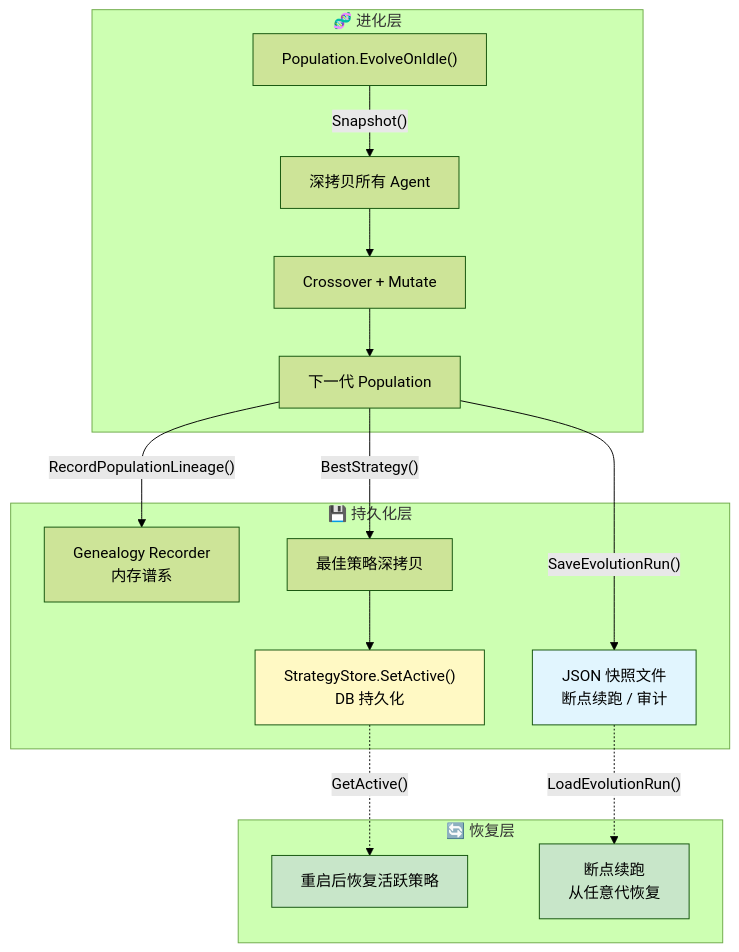
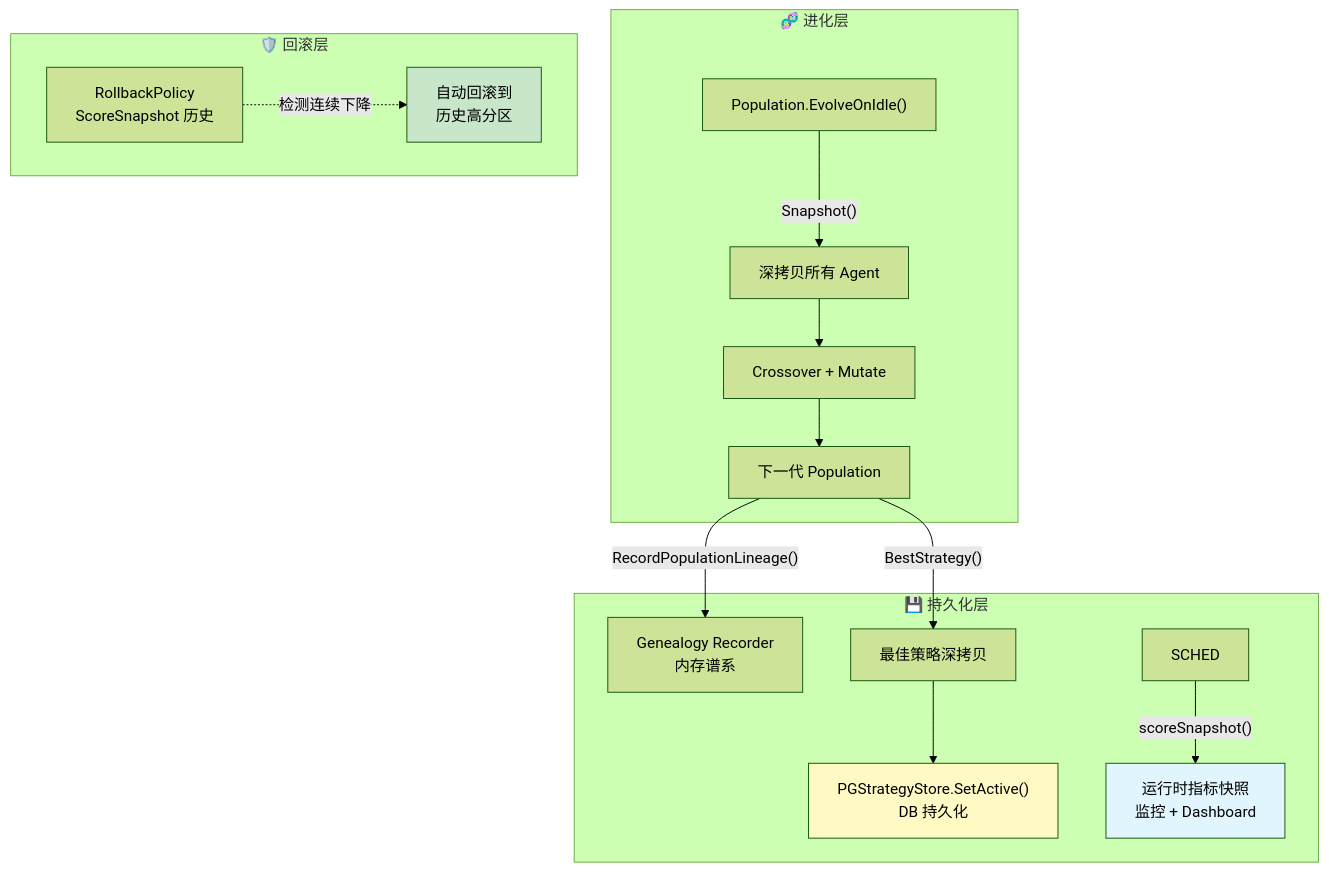
One commit to Timwood0x10/ARES changed the fourth of 4 diagrams in docs/articles/zh/autonomous-evolution-deep-dive.md. Above: the diagram before and after it, drawn with Mermaid (forest theme). The commit also changed other lines of this file and 12 other files, not shown here.

````diff
--- a/docs/articles/zh/autonomous-evolution-deep-dive.md
+++ b/docs/articles/zh/autonomous-evolution-deep-dive.md
@@ -1913,26 +1888,25 @@
 ```mermaid
 graph TD
     subgraph "🧬 进化层"
         POP["Population.EvolveOnIdle()"]
         POP --> |"Snapshot()"| SNAP["深拷贝所有 Agent"]
         SNAP --> CROSS["Crossover + Mutate"]
         CROSS --> NEXT["下一代 Population"]
     end
 
     subgraph "💾 持久化层"
         NEXT --> |"RecordPopulationLineage()"| GENE["Genealogy Recorder<br/>内存谱系"]
         NEXT --> |"BestStrategy()"| BEST["最佳策略深拷贝"]
-        BEST --> STORE["StrategyStore.SetActive()<br/>DB 持久化"]
-        NEXT --> |"SaveEvolutionRun()"| FILE["JSON 快照文件<br/>断点续跑 / 审计"]
+        BEST --> STORE["PGStrategyStore.SetActive()<br/>DB 持久化"]
+        SCHED --> |"scoreSnapshot()"| METRICS["运行时指标快照<br/>监控 + Dashboard"]
     end
 
-    subgraph "🔄 恢复层"
-        STORE -.-> |"GetActive()"| RESTORE1["重启后恢复活跃策略"]
-        FILE -.-> |"LoadEvolutionRun()"| RESTORE2["断点续跑<br/>从任意代恢复"]
+    subgraph "🛡️ 回滚层"
+        POLICY["RollbackPolicy<br/>ScoreSnapshot 历史"]
+        POLICY -.-> |"检测连续下降"| ROLLBACK["自动回滚到<br/>历史高分区"]
     end
 
     style STORE fill:#fff9c4
-    style FILE fill:#e1f5fe
-    style RESTORE1 fill:#c8e6c9
-    style RESTORE2 fill:#c8e6c9
+    style METRICS fill:#e1f5fe
+    style ROLLBACK fill:#c8e6c9
 ```
````
